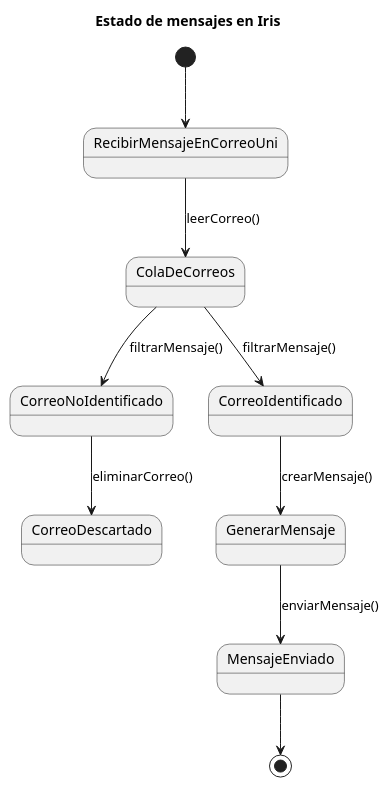
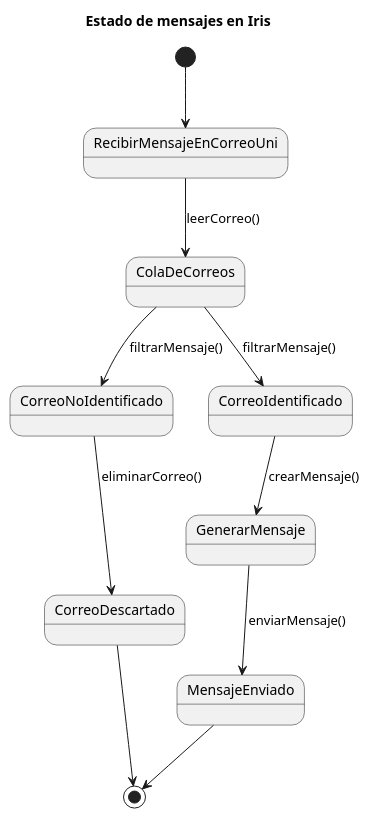
The diagram in entregas/muñozManuel/documentosUML/propuesta.puml (mmasias/25-26-EDA1), drawn with PlantUML before and after one commit.

Commit message:
modificacion de propuesta

```diff
--- a/entregas/muñozManuel/documentosUML/propuesta.puml
+++ b/entregas/muñozManuel/documentosUML/propuesta.puml
@@ -1,21 +1,23 @@
 @startuml estadoDeMensajesEnIris
 
 title Estado de mensajes en Iris
 
 [*] --> RecibirMensajeEnCorreoUni
 
 RecibirMensajeEnCorreoUni --> ColaDeCorreos : leerCorreo()
 
 ColaDeCorreos --> CorreoNoIdentificado : filtrarMensaje()
 
 ColaDeCorreos --> CorreoIdentificado : filtrarMensaje()
 
 CorreoNoIdentificado --> CorreoDescartado : eliminarCorreo()
 
 CorreoIdentificado --> GenerarMensaje : crearMensaje()
 
 GenerarMensaje --> MensajeEnviado : enviarMensaje()
 
+CorreoDescartado --> [*]
+
 MensajeEnviado --> [*]
 
 @enduml
```
